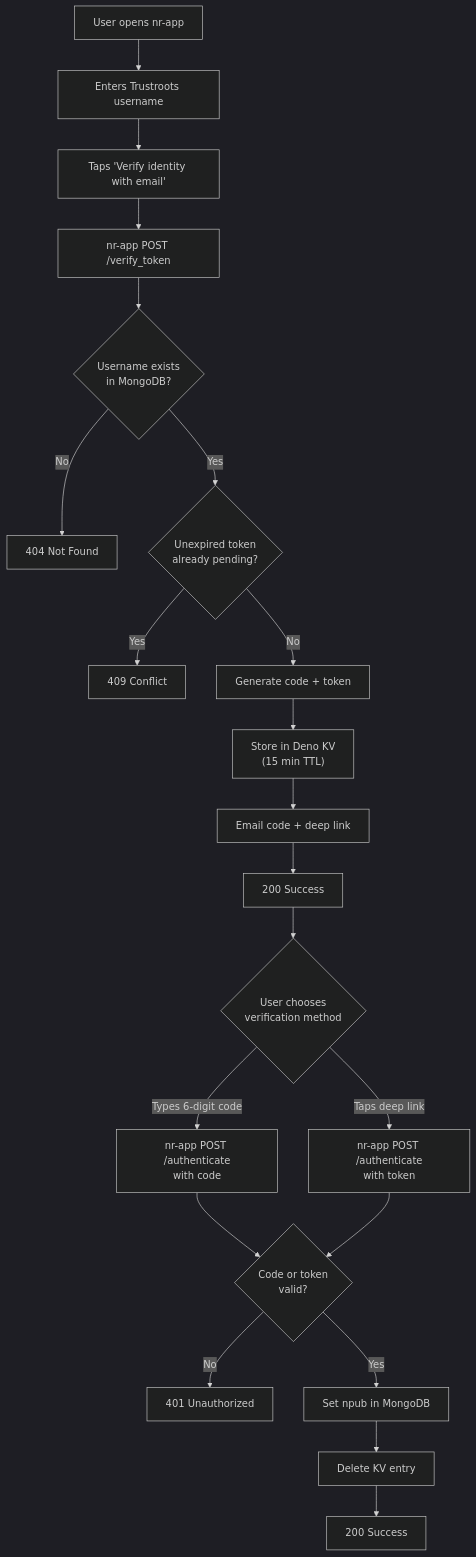
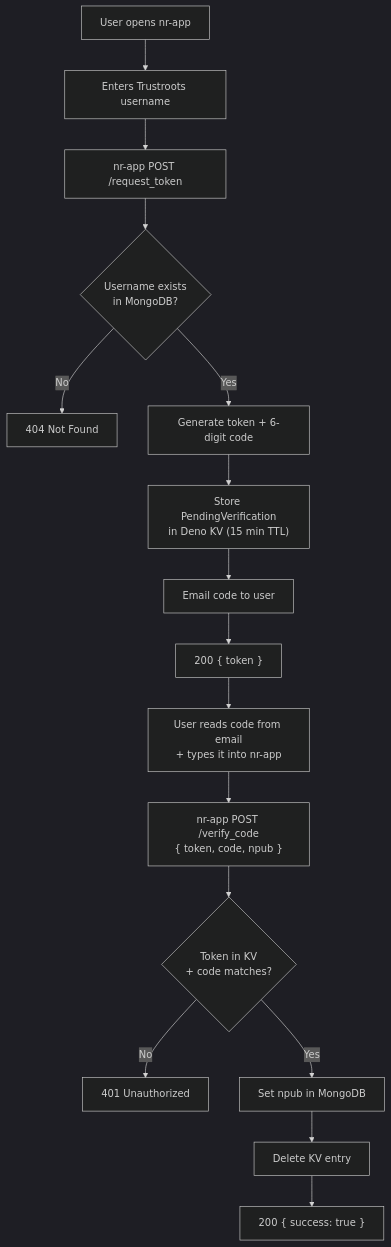
One commit to Trustroots/nostroots changed the first of 3 diagrams in nr-bridge/README.md. Above: the diagram before and after it, drawn with Mermaid (dark theme). The commit also changed other lines of this file and 24 other files, not shown here.

````diff
--- a/nr-bridge/README.md
+++ b/nr-bridge/README.md
@@ -66,23 +66,18 @@
 ```mermaid
 flowchart TD
     A["User opens nr-app"] --> B["Enters Trustroots username"]
-    B --> C["Taps 'Verify identity with email'"]
-    C --> D["nr-app POST /verify_token"]
-    D --> E{"Username exists\nin MongoDB?"}
-    E -- No --> F["404 Not Found"]
-    E -- Yes --> G{"Unexpired token\nalready pending?"}
-    G -- Yes --> H["409 Conflict"]
-    G -- No --> I["Generate code + token"]
-    I --> J["Store in Deno KV\n(15 min TTL)"]
-    J --> K["Email code + deep link"]
-    K --> L["200 Success"]
-    L --> M{"User chooses\nverification method"}
-    M -- "Types 6-digit code" --> N["nr-app POST /authenticate\nwith code"]
-    M -- "Taps deep link" --> O["nr-app POST /authenticate\nwith token"]
-    N --> P{"Code or token\nvalid?"}
-    O --> P
-    P -- No --> Q["401 Unauthorized"]
-    P -- Yes --> R["Set npub in MongoDB"]
-    R --> S["Delete KV entry"]
-    S --> T["200 Success"]
+    B --> C["nr-app POST /request_token"]
+    C --> D{"Username exists\nin MongoDB?"}
+    D -- No --> E["404 Not Found"]
+    D -- Yes --> F["Generate token + 6-digit code"]
+    F --> G["Store PendingVerification\nin Deno KV (15 min TTL)"]
+    G --> H["Email code to user"]
+    H --> I["200 { token }"]
+    I --> J["User reads code from email\n+ types it into nr-app"]
+    J --> K["nr-app POST /verify_code\n{ token, code, npub }"]
+    K --> L{"Token in KV\n+ code matches?"}
+    L -- No --> M["401 Unauthorized"]
+    L -- Yes --> N["Set npub in MongoDB"]
+    N --> O["Delete KV entry"]
+    O --> P["200 { success: true }"]
 ```
````
